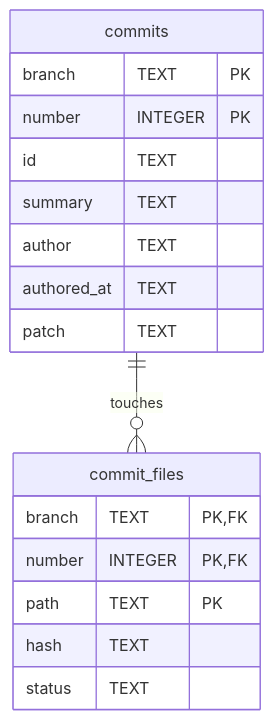
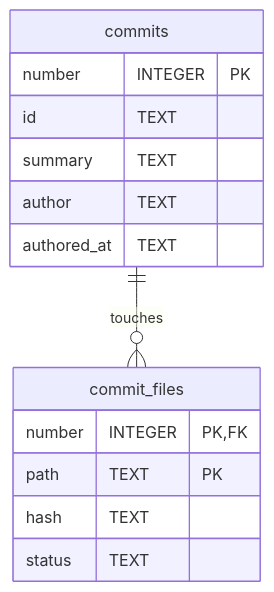
The diagram in docs/storage_commits.md (jkvetina/ADT.ai), drawn with Mermaid before and after one commit. The commit also changed other lines of this file and 80 other files, not shown here.

````diff
--- a/docs/storage_commits.md
+++ b/docs/storage_commits.md
@@ -9,20 +9,17 @@
 ```mermaid
 erDiagram
     commits {
-        branch TEXT PK
         number INTEGER PK
         id TEXT
         summary TEXT
         author TEXT
         authored_at TEXT
-        patch TEXT
     }
     commit_files {
-        branch TEXT PK, FK
         number INTEGER PK, FK
         path TEXT PK
         hash TEXT
         status TEXT
     }
     commits ||--o{ commit_files : touches
 ```
````
